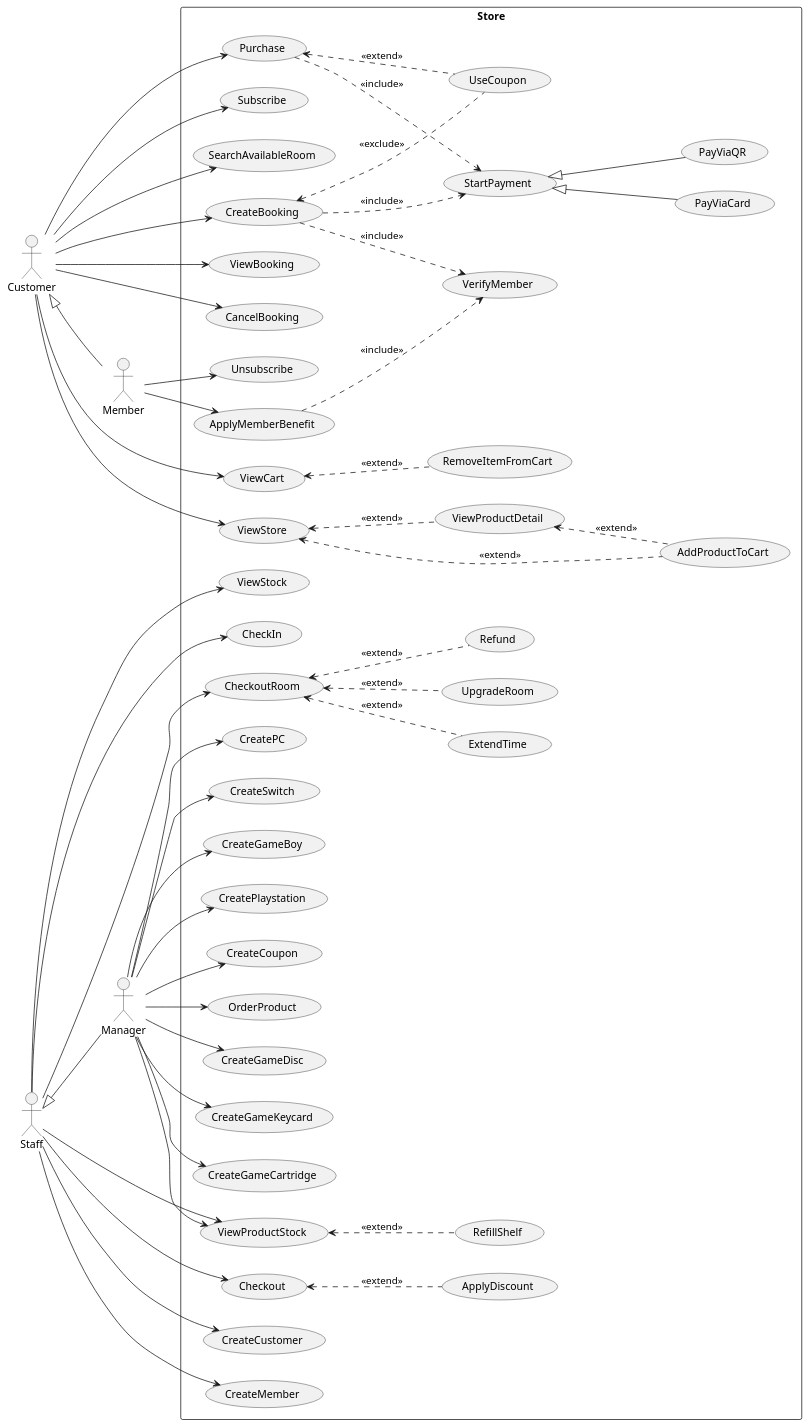
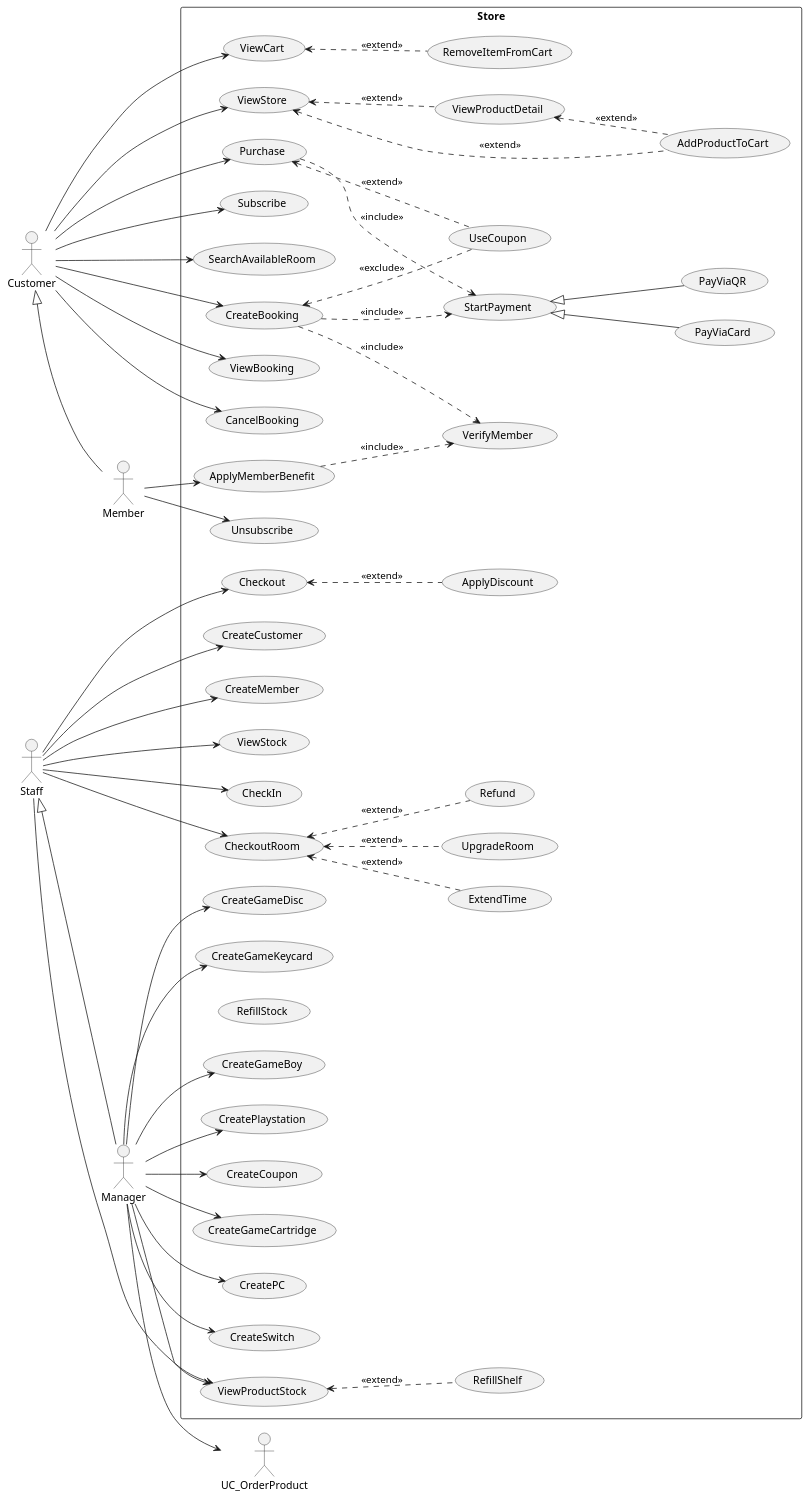
The diagram in UseCaseDiagram/usecase_diagram.puml (WaroonRagwongsiri/OOP_Project), drawn with PlantUML before and after one commit. The commit also changed 7 other files, not shown here.

```diff
--- a/UseCaseDiagram/usecase_diagram.puml
+++ b/UseCaseDiagram/usecase_diagram.puml
@@ -1,133 +1,133 @@
 @startuml UseCaseDiagram
 left to right direction
 
 ' =========================
 ' Actors (from hierarchy in Class Diagram)
 ' =========================
 actor "Customer" as A_Customer
 actor "Member" as A_Member
 actor "Staff" as A_Staff
 actor "Manager" as A_Manager
 
 A_Customer <|-- A_Member
 A_Staff <|-- A_Manager
 
 rectangle "Store" {
 
 	'Customer'
 	usecase "AddProductToCart" as UC_AddProductToCart
 	usecase "ViewCart" as UC_ViewCart
 	usecase "RemoveItemFromCart" as UC_RemoveItemFromCart
 	usecase "ViewStore" as UC_ViewStore
 	usecase "ViewProductDetail" as UC_ViewProductDetail
 	usecase "Purchase" as UC_Purchase
 	usecase "UseCoupon" as UC_UseCoupon
 	usecase "Subscribe" as UC_Subscribe
 
 	'Payment'
 	usecase "StartPayment" as UC_StartPayment
 	usecase "PayViaCard" as UC_PayViaCard
 	usecase "PayViaQR" as UC_PayViaQR
 
 	'Member'
 	usecase "ApplyMemberBenefit" as UC_ApplyMemberBenefit
 	usecase "VerifyMember" as UC_VerifyMember
 	usecase "Unsubscribe" as UC_Unsubscribe
 
 	'Staff'
 	usecase "Checkout" as UC_Checkout
 	usecase "ApplyDiscount" as UC_ApplyDiscount
 	usecase "CreateCustomer" as UC_CreateCustomer
 	usecase "CreateMember" as UC_CreateMember
 
 	'Manager'
 	usecase "CreateGameDisc" as UC_CreateGameDisc
 	usecase "CreateGameKeycard" as UC_CreateGameKeycard
 	usecase "CreateGameCartridge" as UC_CreateGameCartridge
 	usecase "CreatePC" as UC_CreatePC
 	usecase "CreateSwitch" as UC_CreateSwitch
 	usecase "CreateGameBoy" as UC_CreateGameBoy
 	usecase "CreatePlaystation" as UC_CreatePlaystation
 	usecase "ViewProductStock" as UC_ViewProductStock
 	usecase "RefillShelf" as UC_RefillShelf
 	usecase "CreateCoupon" as UC_CreateCoupon
-	usecase "OrderProduct" as UC_OrderProduct
+	usecase "RefillStock" as UC_RefillStock
 	usecase "ViewStock" as UC_ViewStock
 
 	'Room Booking'
 	usecase "SearchAvailableRoom" as UC_SearchAvailableRoom
 	usecase "CreateBooking" as UC_CreateBooking
 	usecase "ViewBooking" as UC_ViewBooking
 	usecase "CancelBooking" as UC_CancelBooking
 	usecase "CheckIn" as UC_CheckIn
 	usecase "ExtendTime" as UC_ExtendTime
 	usecase "UpgradeRoom" as UC_UpgradeRoom
 	usecase "CheckoutRoom" as UC_CheckoutRoom
 	usecase "Refund" as UC_Refund
 }
 
 'Customer'
 A_Customer --> UC_ViewCart
 A_Customer --> UC_ViewStore
 A_Customer --> UC_Purchase
 A_Customer --> UC_Subscribe
 
 UC_ViewStore <.. UC_AddProductToCart : <<extend>>
 UC_ViewStore <.. UC_ViewProductDetail : <<extend>>
 
 UC_ViewProductDetail <.. UC_AddProductToCart : <<extend>>
 
 UC_ViewCart <.. UC_RemoveItemFromCart : <<extend>>
 
 UC_Purchase <.. UC_UseCoupon : <<extend>>
 UC_Purchase ..> UC_StartPayment : <<include>>
 
 'Payment'
 UC_StartPayment <|-- UC_PayViaCard
 UC_StartPayment <|-- UC_PayViaQR
 
 'Member'
 A_Member --> UC_ApplyMemberBenefit
 A_Member --> UC_Unsubscribe
 
 UC_ApplyMemberBenefit ..> UC_VerifyMember : <<include>>
 
 'Staff'
 A_Staff --> UC_Checkout
 A_Staff --> UC_ViewProductStock
 A_Staff --> UC_CreateCustomer
 A_Staff --> UC_CreateMember
 A_Staff --> UC_CheckIn
 A_Staff --> UC_CheckoutRoom
 A_Staff --> UC_ViewStock
 
 UC_CheckoutRoom <.. UC_Refund : <<extend>>
 UC_CheckoutRoom <.. UC_ExtendTime : <<extend>>
 UC_CheckoutRoom <.. UC_UpgradeRoom : <<extend>>
 
 UC_Checkout <.. UC_ApplyDiscount : <<extend>>
 UC_ViewProductStock <.. UC_RefillShelf : <<extend>>
 
 'Manager'
 A_Manager --> UC_CreateCoupon
 A_Manager --> UC_ViewProductStock
 A_Manager --> UC_CreateGameDisc
 A_Manager --> UC_CreateGameKeycard
 A_Manager --> UC_CreateGameCartridge
 A_Manager --> UC_CreatePC
 A_Manager --> UC_CreateSwitch
 A_Manager --> UC_CreateGameBoy
 A_Manager --> UC_CreatePlaystation
 A_Manager --> UC_OrderProduct
 
 'Customer / Member booking
 A_Customer --> UC_SearchAvailableRoom
 A_Customer --> UC_CreateBooking
 A_Customer --> UC_ViewBooking
 A_Customer --> UC_CancelBooking
 
 UC_CreateBooking ..> UC_VerifyMember : <<include>>
 UC_CreateBooking ..> UC_StartPayment : <<include>>
 UC_CreateBooking <.. UC_UseCoupon : <<exclude>>
 
 @enduml
```
